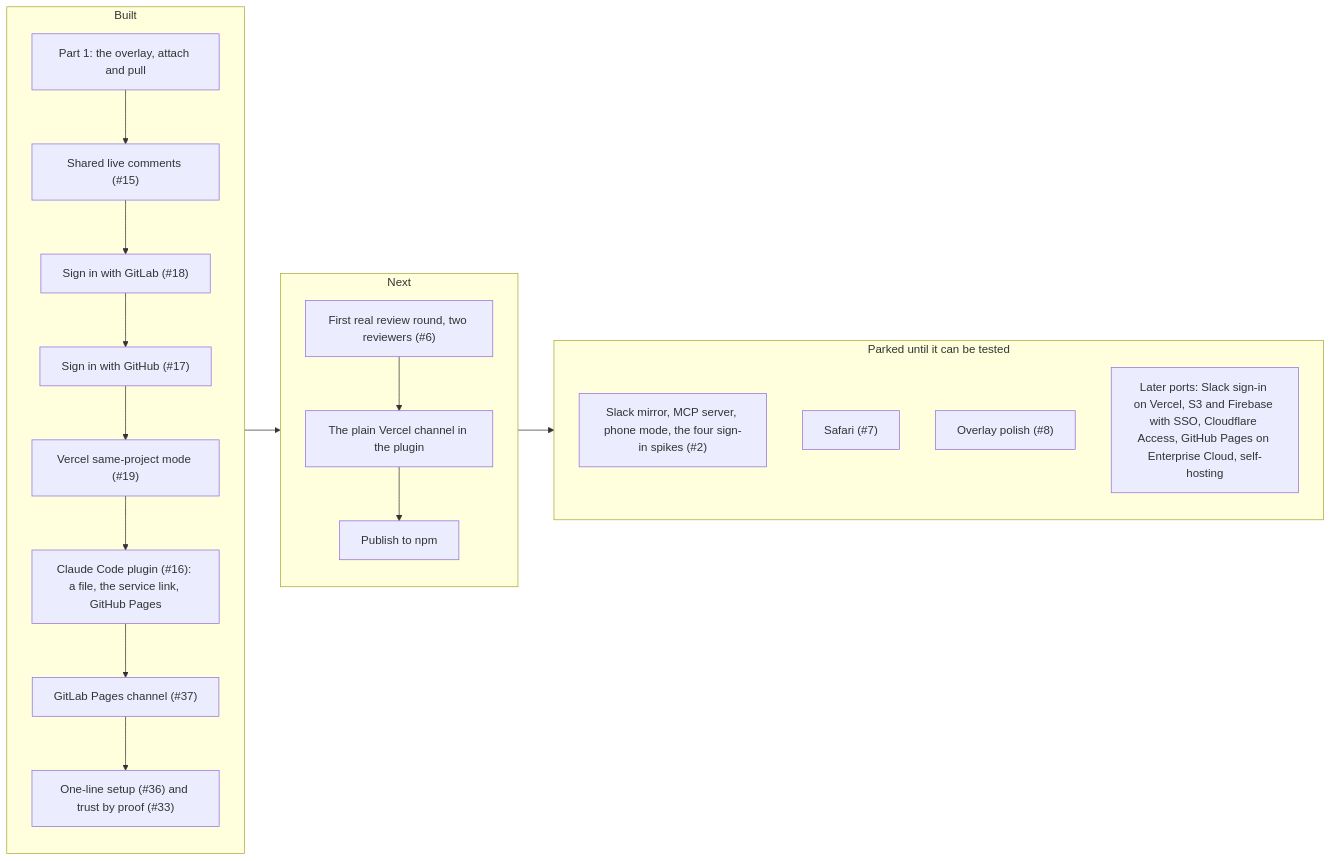
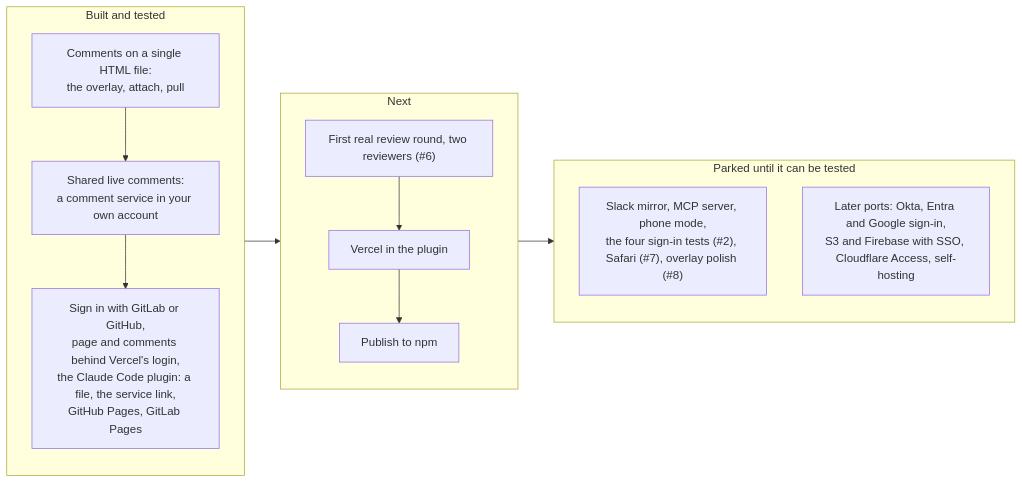
Before and after one commit to mayankmankhand/gitmargin: the diagram in ROADMAP.md, drawn with Mermaid. The commit also changed other lines of this file, not shown here.

Commit message:
Draw the roadmap by capability, not issue
Three boxes for what is built and tested instead of a chain of eight issue numbers; the list below keeps every issue link.

````diff
--- a/ROADMAP.md
+++ b/ROADMAP.md
@@ -9,30 +9,23 @@
 ```mermaid
 flowchart LR
-  subgraph built ["Built"]
+  subgraph built ["Built and tested"]
     direction TB
-    p1["Part 1: the overlay, attach and pull"]
-    s15["Shared live comments (#15)"]
-    s18["Sign in with GitLab (#18)"]
-    s17["Sign in with GitHub (#17)"]
-    s19["Vercel same-project mode (#19)"]
-    s16["Claude Code plugin (#16): a file, the service link, GitHub Pages"]
-    s37["GitLab Pages channel (#37)"]
-    s36["One-line setup (#36) and trust by proof (#33)"]
-    p1 --> s15 --> s18 --> s17 --> s19 --> s16 --> s37 --> s36
+    b1["Comments on a single HTML file:<br/>the overlay, attach, pull"]
+    b2["Shared live comments:<br/>a comment service in your own account"]
+    b3["Sign in with GitLab or GitHub,<br/>page and comments behind Vercel's login,<br/>the Claude Code plugin: a file, the service link,<br/>GitHub Pages, GitLab Pages"]
+    b1 --> b2 --> b3
   end
   subgraph next ["Next"]
     direction TB
-    n6["First real review round, two reviewers (#6)"]
-    nv["The plain Vercel channel in the plugin"]
-    nn["Publish to npm"]
-    n6 --> nv --> nn
+    n1["First real review round, two reviewers (#6)"]
+    n2["Vercel in the plugin"]
+    n3["Publish to npm"]
+    n1 --> n2 --> n3
   end
   subgraph parked ["Parked until it can be tested"]
     direction TB
-    k2["Slack mirror, MCP server, phone mode, the four sign-in spikes (#2)"]
-    k7["Safari (#7)"]
-    k8["Overlay polish (#8)"]
-    kl["Later ports: Slack sign-in on Vercel, S3 and Firebase with SSO, Cloudflare Access, GitHub Pages on Enterprise Cloud, self-hosting"]
+    k1["Slack mirror, MCP server, phone mode,<br/>the four sign-in tests (#2), Safari (#7), overlay polish (#8)"]
+    k2["Later ports: Okta, Entra and Google sign-in,<br/>S3 and Firebase with SSO, Cloudflare Access, self-hosting"]
   end
   built --> next --> parked
 ```
````
